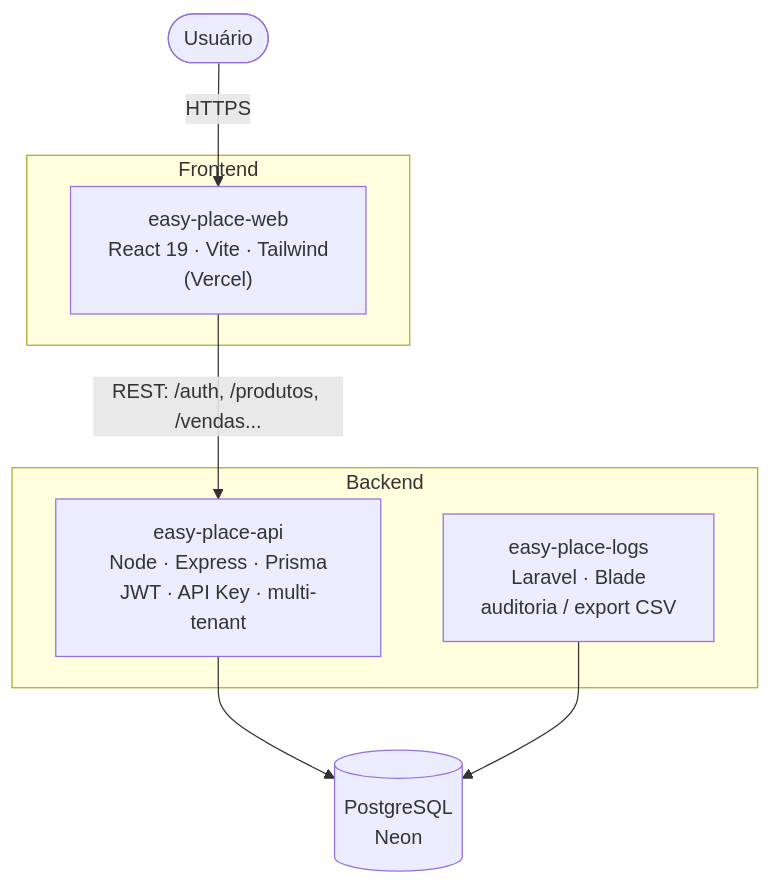
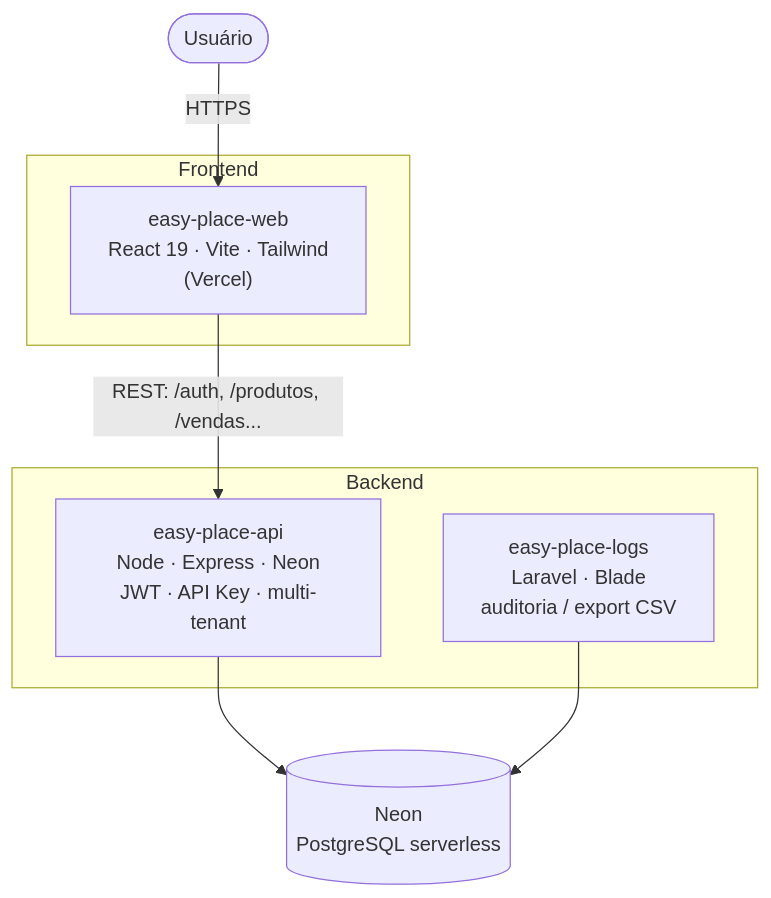
One commit to antonio0ca/showcase-projeto-easyplace changed the diagram in README.md. Above: the diagram before and after it, drawn with Mermaid. The commit also changed other lines of this file, not shown here.

Commit message:
docs: remove Prisma da stack (usa Neon), badges em for-the-badge

````diff
--- a/README.md
+++ b/README.md
@@ -76,20 +76,20 @@
 ```mermaid
 flowchart TB
     U([Usuário])
 
     subgraph FE[Frontend]
         WEB["easy-place-web<br/>React 19 · Vite · Tailwind<br/>(Vercel)"]
     end
 
     subgraph BE[Backend]
-        API["easy-place-api<br/>Node · Express · Prisma<br/>JWT · API Key · multi-tenant"]
+        API["easy-place-api<br/>Node · Express · Neon<br/>JWT · API Key · multi-tenant"]
         LOGS["easy-place-logs<br/>Laravel · Blade<br/>auditoria / export CSV"]
     end
 
-    DB[("PostgreSQL<br/>Neon")]
+    DB[("Neon<br/>PostgreSQL serverless")]
 
     U -->|HTTPS| WEB
     WEB -->|REST: /auth, /produtos, /vendas...| API
     API --> DB
     LOGS --> DB
 ```
````
